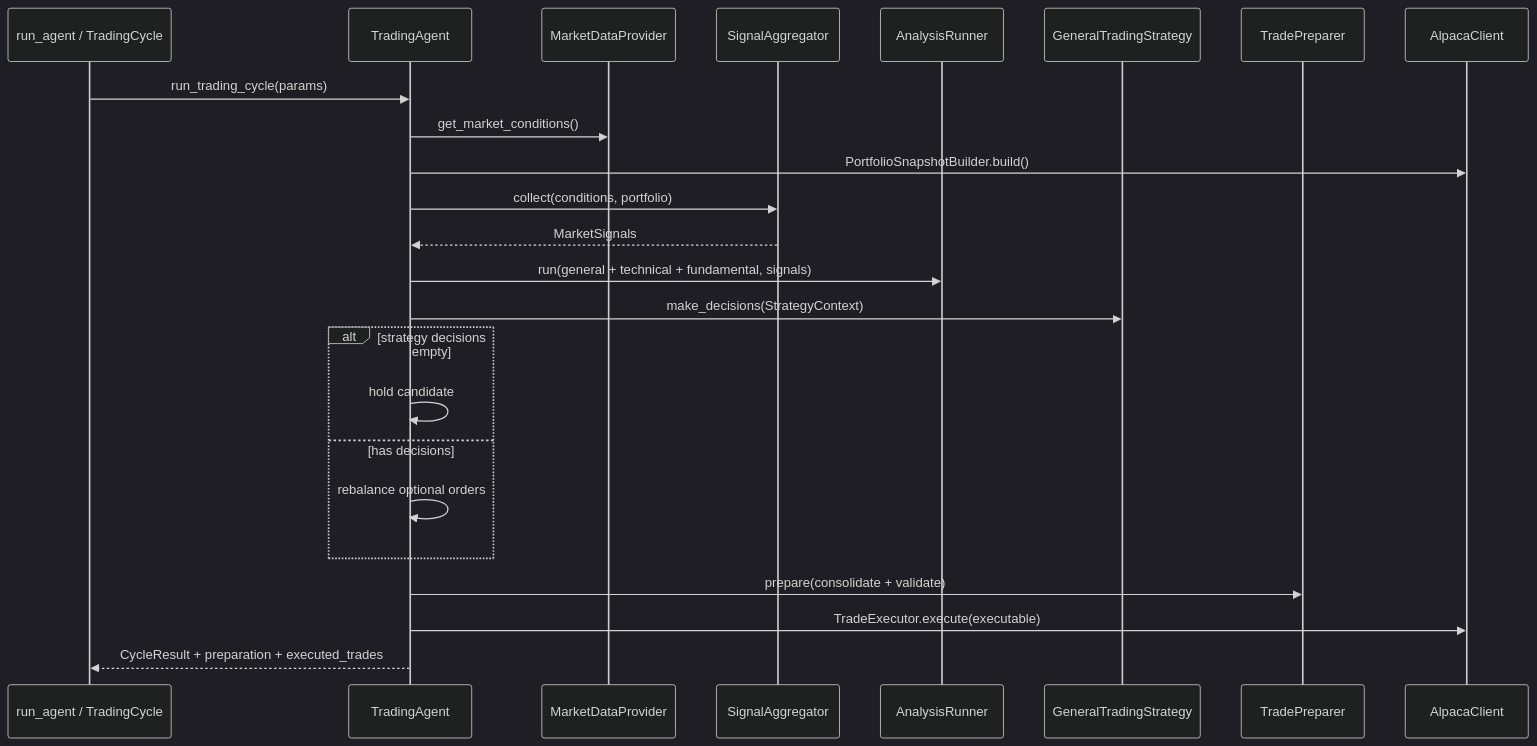
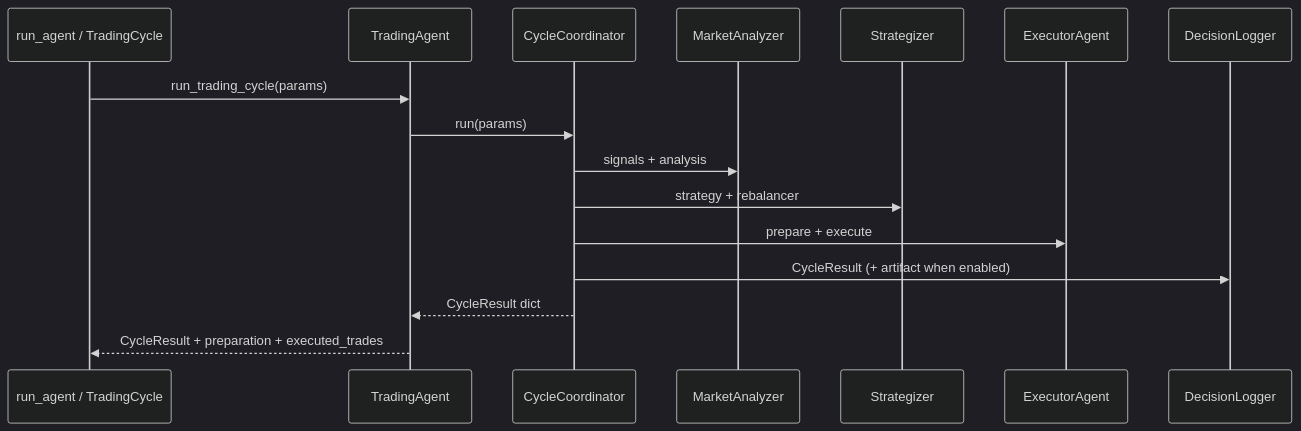
The diagram in docs/agents/trading-cycle.md (yetigong/trading-agent), drawn with Mermaid (dark theme) before and after one commit. The commit also changed other lines of this file and 23 other files, not shown here.

First line of the commit message:
Add Phase 4 multi-agent coordinator wrapping the trading cycle.

````diff
--- a/docs/agents/trading-cycle.md
+++ b/docs/agents/trading-cycle.md
@@ -15,27 +17,19 @@
 ```mermaid
 sequenceDiagram
     participant RA as run_agent / TradingCycle
     participant TA as TradingAgent
-    participant MD as MarketDataProvider
-    participant SA as SignalAggregator
-    participant AR as AnalysisRunner
-    participant STR as GeneralTradingStrategy
-    participant PRE as TradePreparer
-    participant BRK as AlpacaClient
+    participant CC as CycleCoordinator
+    participant MA as MarketAnalyzer
+    participant TS as Strategizer
+    participant TE as ExecutorAgent
+    participant DL as DecisionLogger
 
     RA->>TA: run_trading_cycle(params)
-    TA->>MD: get_market_conditions()
-    TA->>BRK: PortfolioSnapshotBuilder.build()
-    TA->>SA: collect(conditions, portfolio)
-    SA-->>TA: MarketSignals
-    TA->>AR: run(general + technical + fundamental, signals)
-    TA->>STR: make_decisions(StrategyContext)
-    alt strategy decisions empty
-        TA->>TA: hold candidate
-    else has decisions
-        TA->>TA: rebalance optional orders
-    end
-    TA->>PRE: prepare(consolidate + validate)
-    TA->>BRK: TradeExecutor.execute(executable)
+    TA->>CC: run(params)
+    CC->>MA: signals + analysis
+    CC->>TS: strategy + rebalancer
+    CC->>TE: prepare + execute
+    CC->>DL: CycleResult (+ artifact when enabled)
+    CC-->>TA: CycleResult dict
     TA-->>RA: CycleResult + preparation + executed_trades
 ```
````
